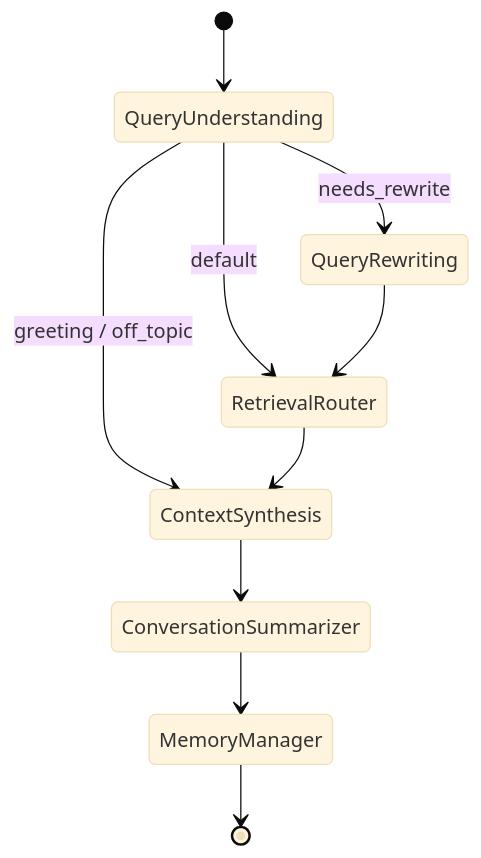
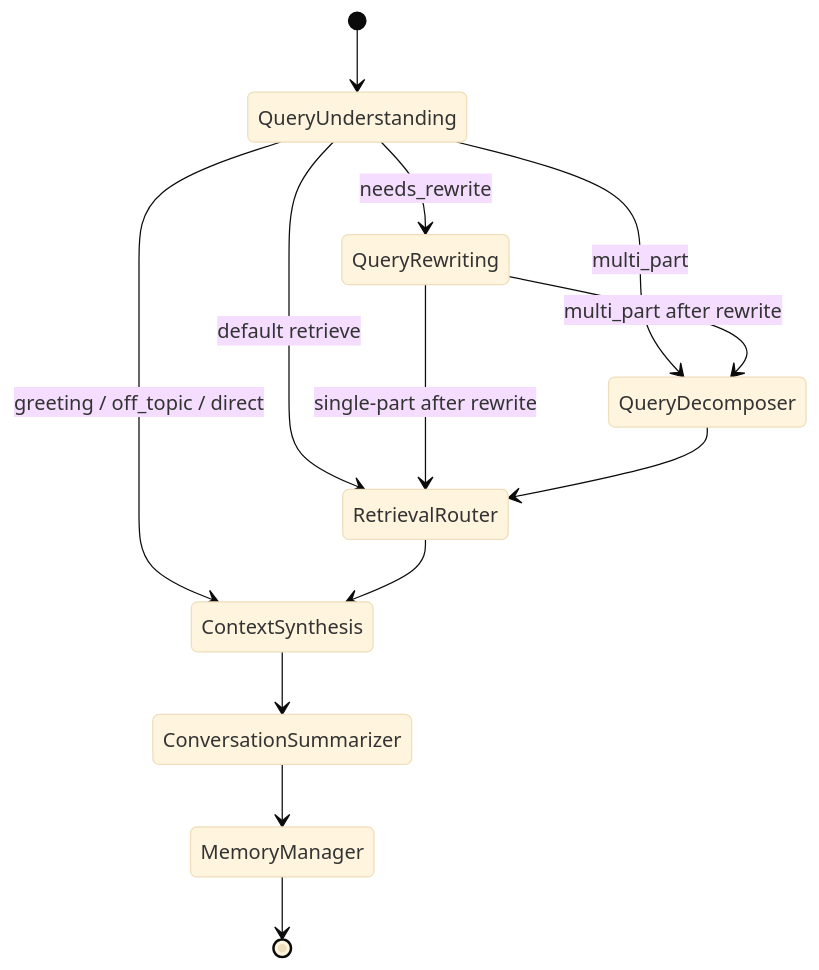
Before and after one commit to VoidCoder01/CogniFlow: the third of 3 diagrams in docs/architecture.md, drawn with Mermaid (base theme). The commit also changed other lines of this file and 38 other files, not shown here.

Commit message:
feat: LangGraph hardening — streaming synthesis, query fallback, decomposition, memory pruning, coverage tests

````diff
--- a/docs/architecture.md
+++ b/docs/architecture.md
@@ -70,12 +85,15 @@
 ```mermaid
 stateDiagram-v2
   [*] --> QueryUnderstanding
-  QueryUnderstanding --> ContextSynthesis: greeting / off_topic
+  QueryUnderstanding --> ContextSynthesis: greeting / off_topic / direct
   QueryUnderstanding --> QueryRewriting: needs_rewrite
-  QueryUnderstanding --> RetrievalRouter: default
-  QueryRewriting --> RetrievalRouter
+  QueryUnderstanding --> QueryDecomposer: multi_part
+  QueryUnderstanding --> RetrievalRouter: default retrieve
+  QueryRewriting --> QueryDecomposer: multi_part after rewrite
+  QueryRewriting --> RetrievalRouter: single-part after rewrite
+  QueryDecomposer --> RetrievalRouter
   RetrievalRouter --> ContextSynthesis
   ContextSynthesis --> ConversationSummarizer
   ConversationSummarizer --> MemoryManager
   MemoryManager --> [*]
 ```
````
